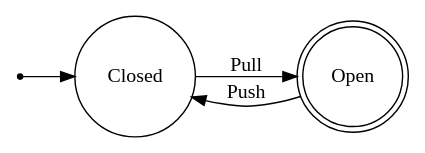
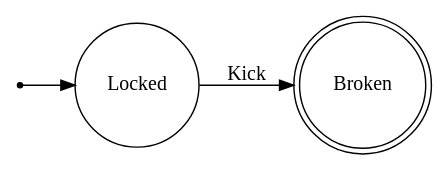
One commit to P4-Group2-Compiler/P4-State-Lang changed the diagram in output/DOT/graph.gv. Above: the diagram before and after it, drawn with Graphviz. The commit also changed 9 other files, not shown here.

```diff
--- a/output/DOT/graph.gv
+++ b/output/DOT/graph.gv
@@ -1,9 +1,8 @@
-digraph A {
+digraph Door {
  rankdir = LR;
  node [shape = circle;];
  null [shape = point;];
-null -> Closed;
-Closed -> Open [label="Pull"];
-Open -> Closed [label="Push"];
-Open [shape = doublecircle;];
+null -> Locked;
+Locked -> Broken [label="Kick"];
+Broken [shape = doublecircle;];
 }
```
